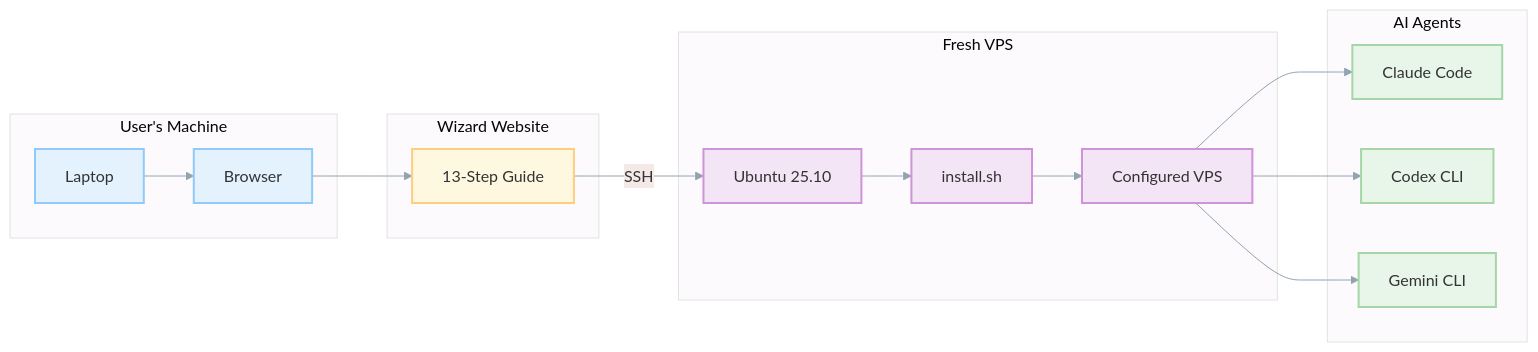
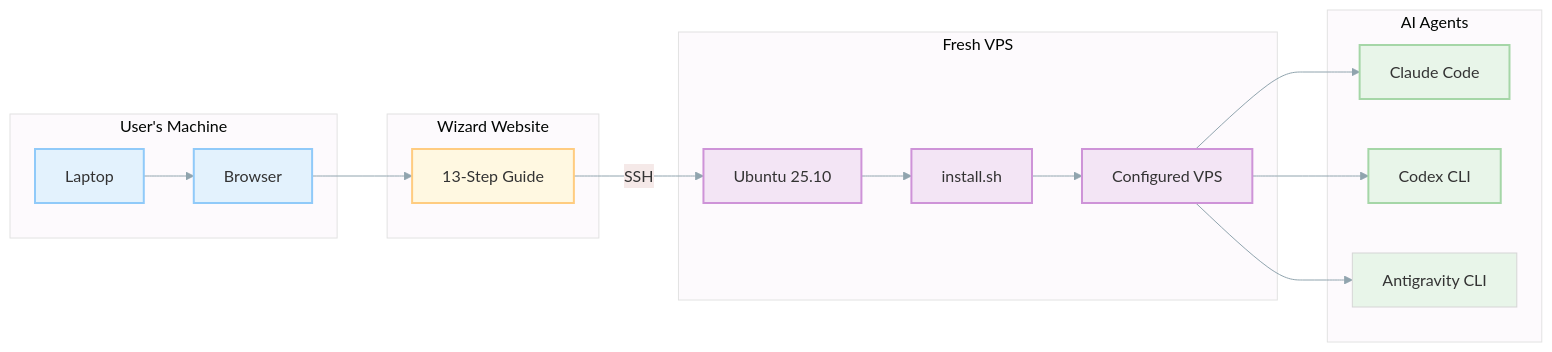
One commit to thanhlinh9191/agentic_coding_flywheel_setup changed the first of 3 diagrams in README.md. Above: the diagram before and after it, drawn with Mermaid. The commit also changed other lines of this file and 16 other files, not shown here.

Commit message:
Route Gemini entrypoints through locked agy

````diff
--- a/README.md
+++ b/README.md
@@ -72,44 +72,44 @@
 ```mermaid
 graph LR
     %%{init: {'theme': 'base', 'themeVariables': { 'primaryColor': '#e8f5e9', 'lineColor': '#90a4ae'}}}%%
 
     subgraph user ["User's Machine"]
         LAPTOP["Laptop"]
         BROWSER["Browser"]
     end
 
     subgraph wizard ["Wizard Website"]
         STEPS["13-Step Guide"]
     end
 
     subgraph vps ["Fresh VPS"]
         UBUNTU["Ubuntu 25.10"]
         INSTALLER["install.sh"]
         CONFIGURED["Configured VPS"]
     end
 
     subgraph agents ["AI Agents"]
         CLAUDE["Claude Code"]
         CODEX["Codex CLI"]
-        GEMINI["Gemini CLI"]
+        AGY["Antigravity CLI"]
     end
 
     LAPTOP --> BROWSER
     BROWSER --> STEPS
     STEPS -->|SSH| UBUNTU
     UBUNTU --> INSTALLER
     INSTALLER --> CONFIGURED
     CONFIGURED --> CLAUDE
     CONFIGURED --> CODEX
-    CONFIGURED --> GEMINI
+    CONFIGURED --> AGY
 
     classDef user fill:#e3f2fd,stroke:#90caf9,stroke-width:2px
     classDef wizard fill:#fff8e1,stroke:#ffcc80,stroke-width:2px
     classDef vps fill:#f3e5f5,stroke:#ce93d8,stroke-width:2px
     classDef agent fill:#e8f5e9,stroke:#a5d6a7,stroke-width:2px
 
     class LAPTOP,BROWSER user
     class STEPS wizard
     class UBUNTU,INSTALLER,CONFIGURED vps
     class CLAUDE,CODEX,GEMINI agent
 ```
````
